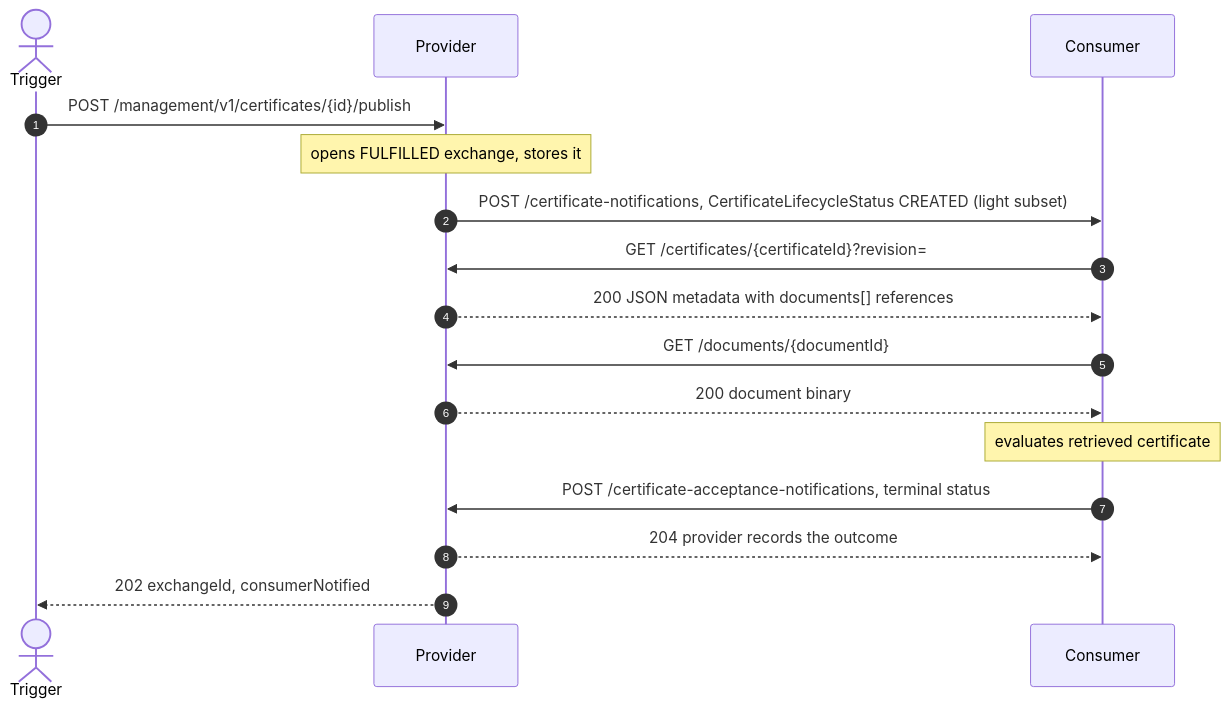
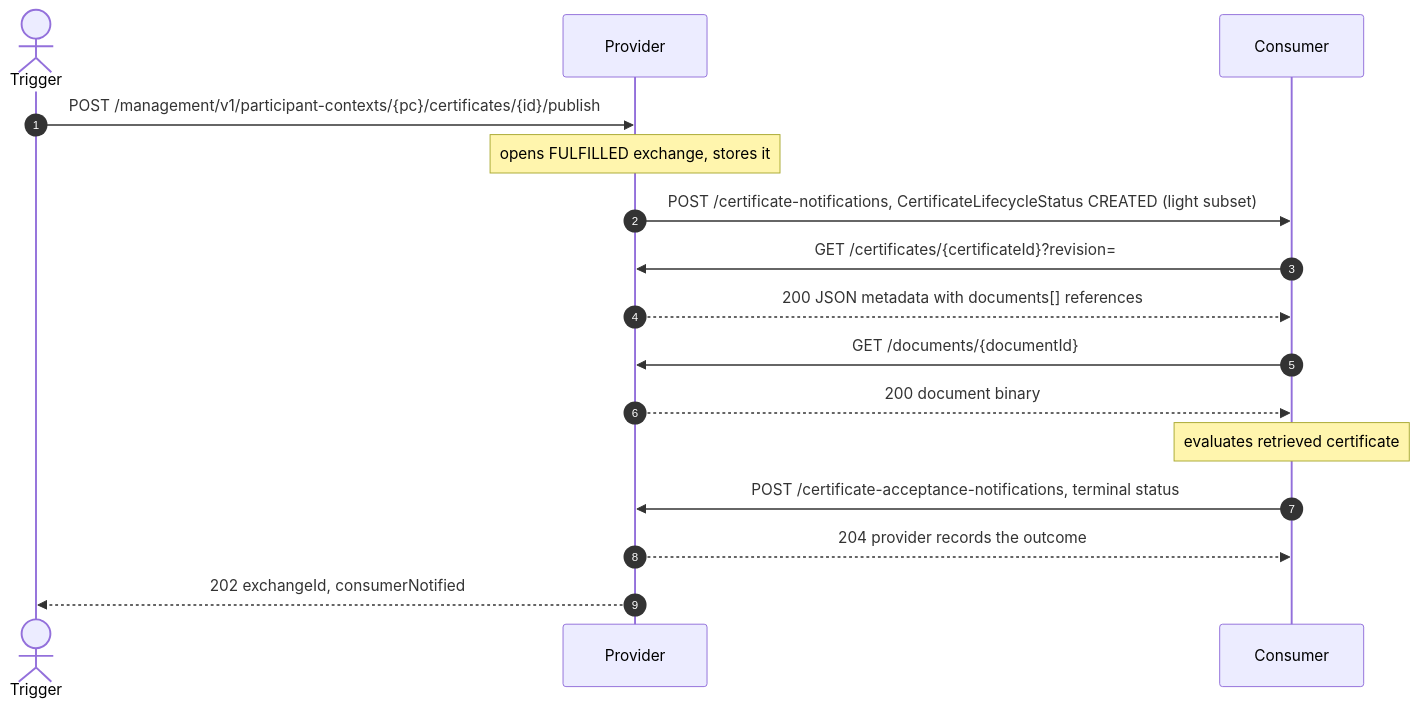
One commit to Metaform/certo changed the third of 5 diagrams in docs/FLOWS.md. Above: the diagram before and after it, drawn with Mermaid. The commit also changed other lines of this file and 134 other files, not shown here.

````diff
--- a/docs/FLOWS.md
+++ b/docs/FLOWS.md
@@ -155,18 +156,18 @@
 ```mermaid
 sequenceDiagram
     autonumber
     actor T as Trigger
     participant P as Provider
     participant C as Consumer
-    T->>P: POST /management/v1/certificates/{id}/publish
+    T->>P: POST /management/v1/participant-contexts/{pc}/certificates/{id}/publish
     Note over P: opens FULFILLED exchange, stores it
     P->>C: POST /certificate-notifications, CertificateLifecycleStatus CREATED (light subset)
     C->>P: GET /certificates/{certificateId}?revision=
     P-->>C: 200 JSON metadata with documents[] references
     C->>P: GET /documents/{documentId}
     P-->>C: 200 document binary
     Note over C: evaluates retrieved certificate
     C->>P: POST /certificate-acceptance-notifications, terminal status
     P-->>C: 204 provider records the outcome
     P-->>T: 202 exchangeId, consumerNotified
 ```
````
